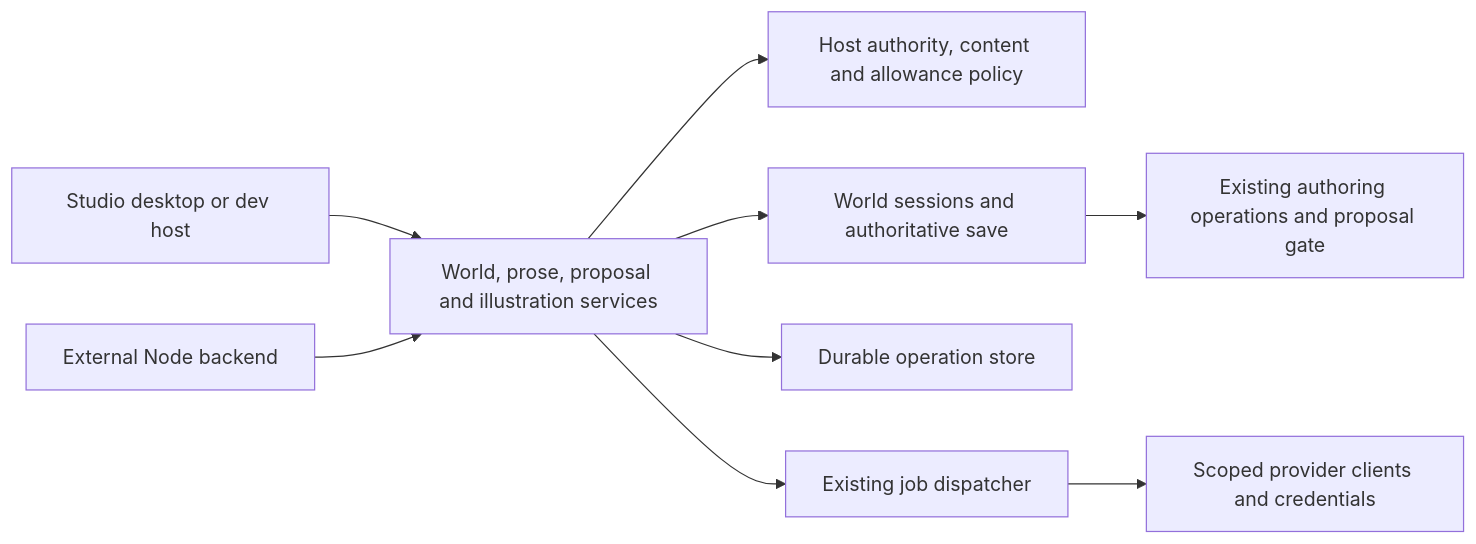
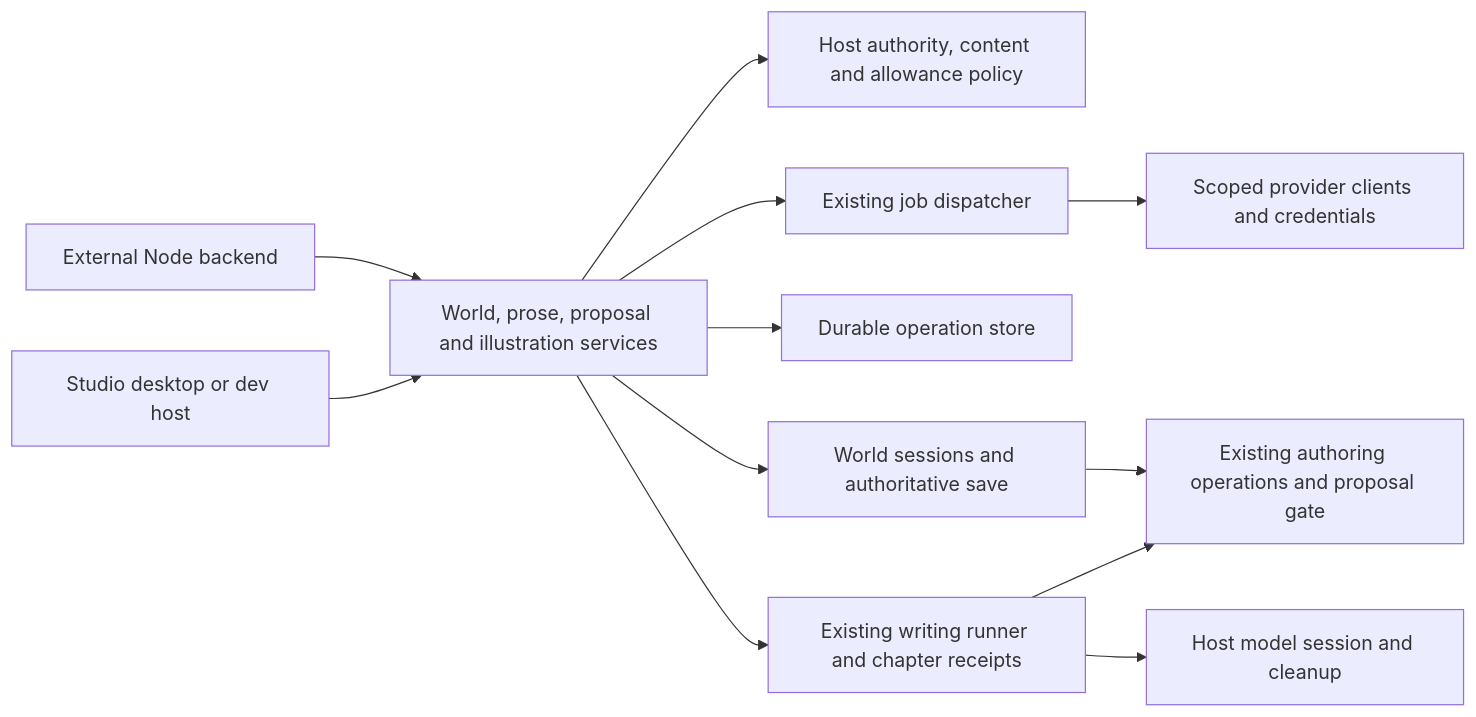
The diagram in docs/development/engine.md (michaeljosiah/ArkeStudio), drawn with Mermaid before and after one commit. The commit also changed other lines of this file, not shown here.

Commit message:
Update engine responsibility overview for public writing

````diff
--- a/docs/development/engine.md
+++ b/docs/development/engine.md
@@ -7,11 +7,14 @@
 ```mermaid
 flowchart LR
   Studio[Studio desktop or dev host] --> Services[World, prose, proposal and illustration services]
   Backend[External Node backend] --> Services
   Services --> Policy[Host authority, content and allowance policy]
   Services --> Sessions[World sessions and authoritative save]
   Services --> Operations[Durable operation store]
   Services --> Queue[Existing job dispatcher]
+  Services --> Writing[Existing writing runner and chapter receipts]
+  Writing --> Runtime[Host model session and cleanup]
+  Writing --> Domain
   Sessions --> Domain[Existing authoring operations and proposal gate]
   Queue --> Providers[Scoped provider clients and credentials]
 ```
````
